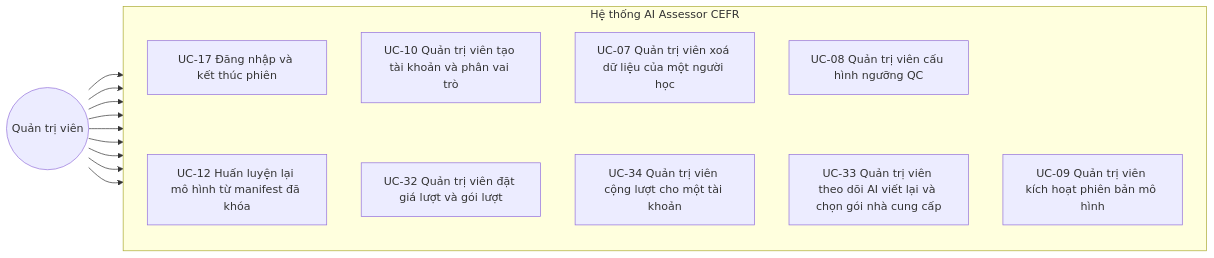
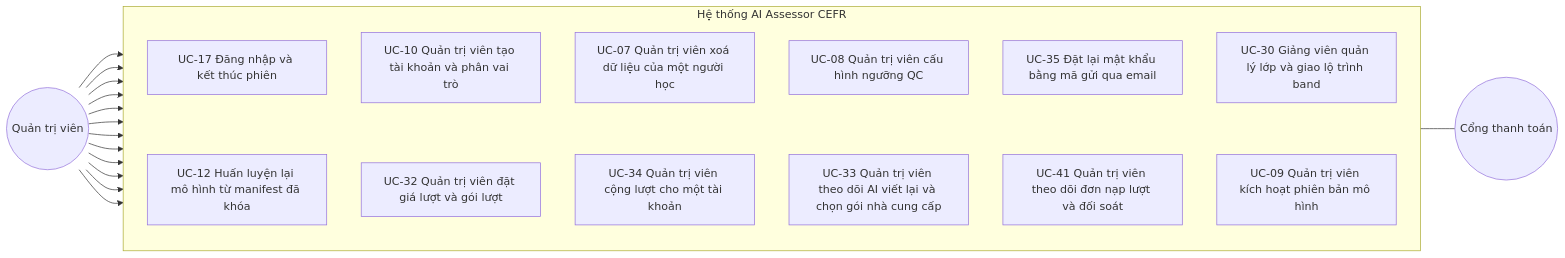
One commit to ThanhSangLouis/ai-assessor-cefr changed the diagram in docs/sdd/diagrams/01c_usecase_quantri.mmd. Above: the diagram before and after it, drawn with Mermaid. The commit also changed 19 other files, not shown here.

Commit message:
D109: email báo lời mời và học viên mới vào lớp; rà toàn bộ sơ đồ cho báo cáo cuối

```diff
--- a/docs/sdd/diagrams/01c_usecase_quantri.mmd
+++ b/docs/sdd/diagrams/01c_usecase_quantri.mmd
@@ -1,37 +1,50 @@
 %% So do use case 1c: tac nhan Quan tri vien
 %% Ma va ten use case lay NGUYEN VAN tu bang SRS muc 4.1 -- khong tu dat so.
 %% Day la so do THIET KE: mo ta he thong PHAI LAM GI, khong phai tien do.
 %% Ban 1.16 (D078): mot trung tam, hoc vien tra theo luot -- quan tri vien dat
 %% gia luot va goi luot, theo doi AI viet lai; khong con goi dich vu (D075).
+%% Ban 1.34: tao lop va phan cong giang vien (UC-30, D071), theo doi don nap
+%% luot va doi soat voi payOS (UC-41, D099), quen mat khau (UC-35).
 flowchart LR
     QT(("Quản trị viên"))
+    CTT(("Cổng thanh toán"))
 
     subgraph SYS["Hệ thống AI Assessor CEFR"]
         direction TB
         UC17["UC-17 Đăng nhập và kết thúc phiên"]
+        UC35["UC-35 Đặt lại mật khẩu bằng mã gửi qua email"]
         UC10["UC-10 Quản trị viên tạo tài khoản và phân vai trò"]
         UC07["UC-07 Quản trị viên xoá dữ liệu của một người học"]
         UC08["UC-08 Quản trị viên cấu hình ngưỡng QC"]
         UC09["UC-09 Quản trị viên kích hoạt phiên bản mô hình"]
         UC12["UC-12 Huấn luyện lại mô hình từ manifest đã khóa"]
         UC32["UC-32 Quản trị viên đặt giá lượt và gói lượt"]
         UC34["UC-34 Quản trị viên cộng lượt cho một tài khoản"]
         UC33["UC-33 Quản trị viên theo dõi AI viết lại và chọn gói nhà cung cấp"]
+        UC30["UC-30 Giảng viên quản lý lớp và giao lộ trình band"]
+        UC41["UC-41 Quản trị viên theo dõi đơn nạp lượt và đối soát"]
     end
 
     QT --> UC17
     QT --> UC10
     QT --> UC08
     QT --> UC09
     QT --> UC12
     QT --> UC32
     QT --> UC34
     QT --> UC33
     QT --> UC07
+    QT --> UC35
+    QT --> UC30
+    QT --> UC41
+    UC41 --- CTT
 
-    %% Lien ket VO HINH, chi de xep bo cuc -- KHONG phai quan he UML: chia chin
-    %% use case thanh hai cot (tai khoan va mo hinh; luot va AI) cho hinh vua A4.
+    %% Lien ket VO HINH, chi de xep bo cuc -- KHONG phai quan he UML: chia muoi
+    %% hai use case thanh hai cot (tai khoan, lop va mo hinh; luot, don va AI)
+    %% cho hinh vua A4.
     UC17 ~~~ UC12
     UC10 ~~~ UC32
     UC07 ~~~ UC34
     UC08 ~~~ UC33
+    UC35 ~~~ UC41
+    UC30 ~~~ UC09
```
